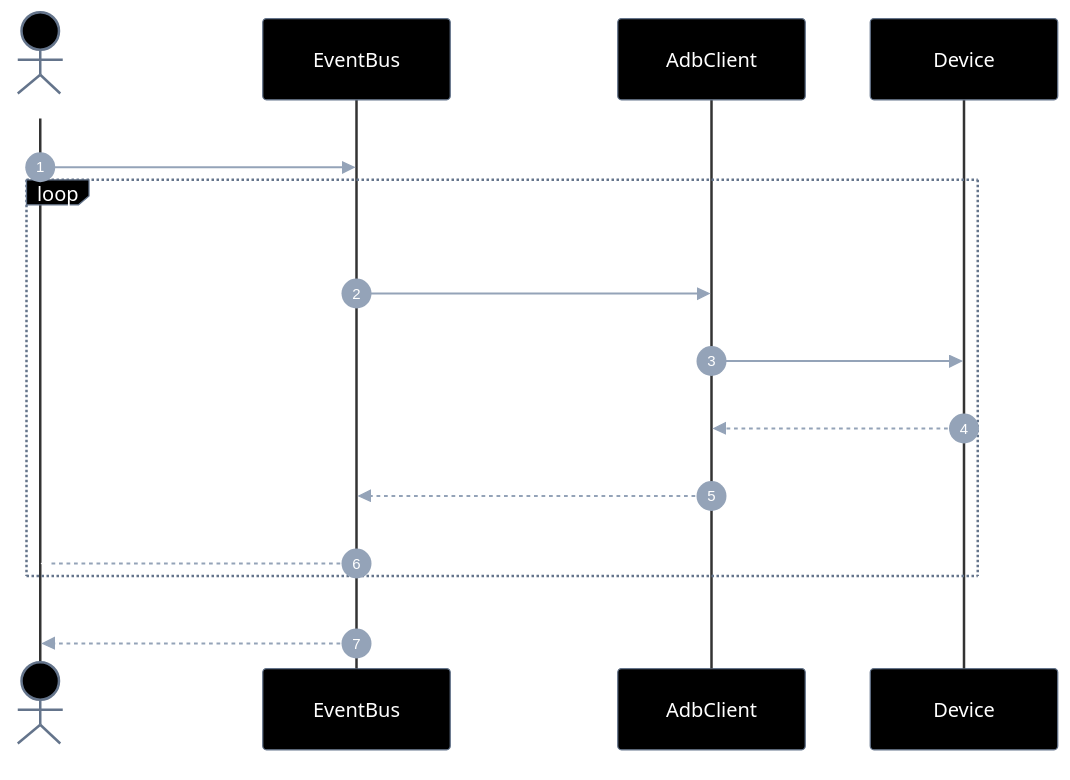
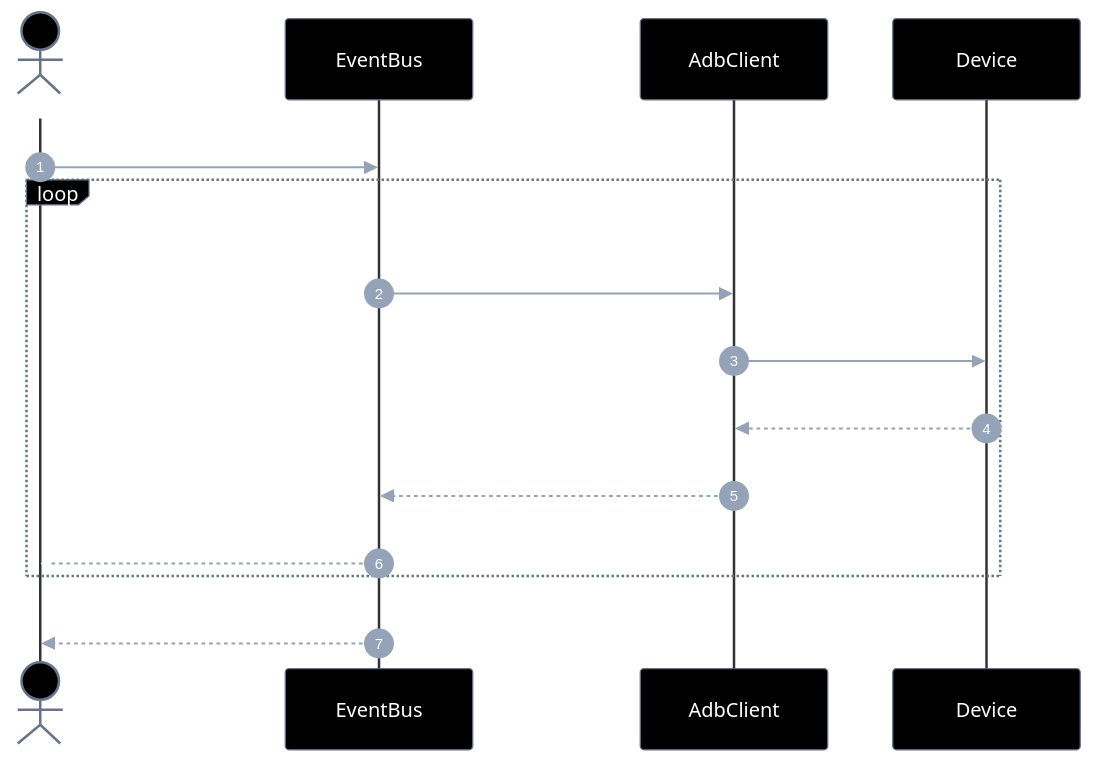
Before and after one commit to laerciogermano/workstation: the first of 5 diagrams in connectmax/screen-robot/implementation-plan/EP-02-eventos-de-ui.md, drawn with Mermaid. The commit also changed other lines of this file and 2 other files, not shown here.

Commit message:
Troca waitFor* por on(evento) nos planos de eventos de UI.

````diff
--- a/connectmax/screen-robot/implementation-plan/EP-02-eventos-de-ui.md
+++ b/connectmax/screen-robot/implementation-plan/EP-02-eventos-de-ui.md
@@ -42,59 +42,59 @@
 ```mermaid
 ---
 config:
   theme: base
   themeVariables:
     darkMode: true
     background: '#000000'
     primaryColor: '#000000'
     primaryTextColor: '#ffffff'
     primaryBorderColor: '#64748b'
     secondaryColor: '#000000'
     secondaryTextColor: '#ffffff'
     secondaryBorderColor: '#64748b'
     tertiaryColor: '#000000'
     tertiaryTextColor: '#ffffff'
     tertiaryBorderColor: '#64748b'
     lineColor: '#64748b'
     textColor: '#ffffff'
     mainBkg: '#000000'
     nodeBorder: '#64748b'
     clusterBkg: '#000000'
     clusterBorder: '#333333'
     titleColor: '#ffffff'
     edgeLabelBackground: '#000000'
     actorBkg: '#000000'
     actorBorder: '#64748b'
     actorTextColor: '#ffffff'
     actorLineColor: '#333333'
     signalColor: '#94a3b8'
     signalTextColor: '#ffffff'
     labelBoxBkgColor: '#000000'
     labelBoxBorderColor: '#64748b'
     labelTextColor: '#ffffff'
     loopTextColor: '#ffffff'
     noteBorderColor: '#64748b'
     noteBkgColor: '#111111'
     noteTextColor: '#ffffff'
     activationBorderColor: '#64748b'
     activationBkgColor: '#1a1a1a'
     sequenceNumberColor: '#ffffff'
     classText: '#ffffff'
 ---
 sequenceDiagram
   autonumber
   actor Dev as Caller
   participant E as EventBus
   participant A as AdbClient
   participant D as Device
 
-  Dev->>E: waitForBoot(serial, opts)
+  Dev->>E: on("boot", { serial, ...opts })
   loop até boot=1 ou timeout
     E->>A: getprop sys.boot_completed
     A->>D: adb shell getprop
     D-->>A: "0"|"1"
     A-->>E: prop
-    E--)Dev: onEvent(type boot_poll)
+    E--)Dev: on("boot_poll", payload)
   end
-  E-->>Dev: { boot: true }
+  E-->>Dev: on("boot", { boot: true })
 ```
````
